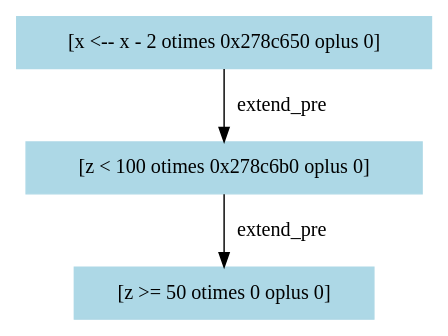
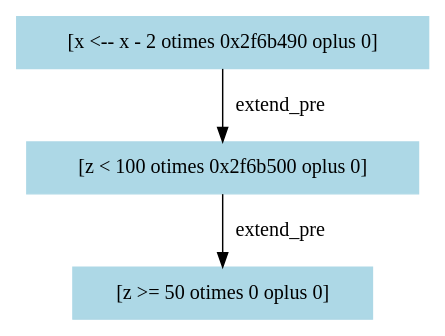
Before and after one commit to RangerBu/st-checker: the diagram in outputs/weights-graphs/9.dot, drawn with Graphviz. The commit also changed 64 other files, not shown here.

```diff
--- a/outputs/weights-graphs/9.dot
+++ b/outputs/weights-graphs/9.dot
@@ -1,7 +1,7 @@
 digraph "[IF x < 20 THEN]" {
-"0x2782f30" [label="[x <-- x - 2 otimes 0x278c650 oplus 0]", color=lightblue,style=filled,shape=box]
-"0x2782f30" -> "0x278c650" [label=extend_pre,color=black]
-"0x278c650" [label="[z < 100 otimes 0x278c6b0 oplus 0]", color=lightblue,style=filled,shape=box]
-"0x278c650" -> "0x278c6b0" [label=extend_pre,color=black]
-"0x278c6b0" [label="[z >= 50 otimes 0 oplus 0]", color=lightblue,style=filled,shape=box]
+"0x2f6b210" [label="[x <-- x - 2 otimes 0x2f6b490 oplus 0]", color=lightblue,style=filled,shape=box]
+"0x2f6b210" -> "0x2f6b490" [label=extend_pre,color=black]
+"0x2f6b490" [label="[z < 100 otimes 0x2f6b500 oplus 0]", color=lightblue,style=filled,shape=box]
+"0x2f6b490" -> "0x2f6b500" [label=extend_pre,color=black]
+"0x2f6b500" [label="[z >= 50 otimes 0 oplus 0]", color=lightblue,style=filled,shape=box]
 }
```
